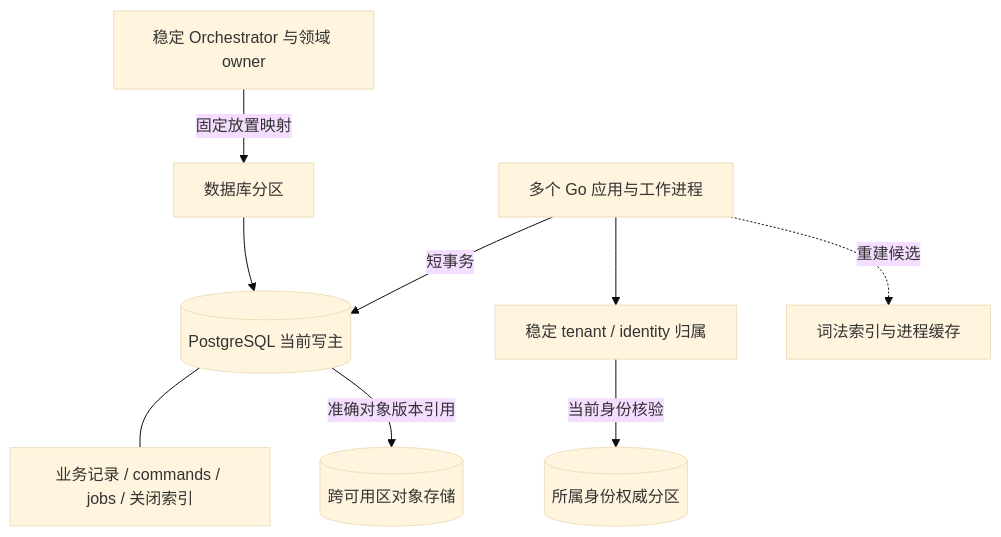
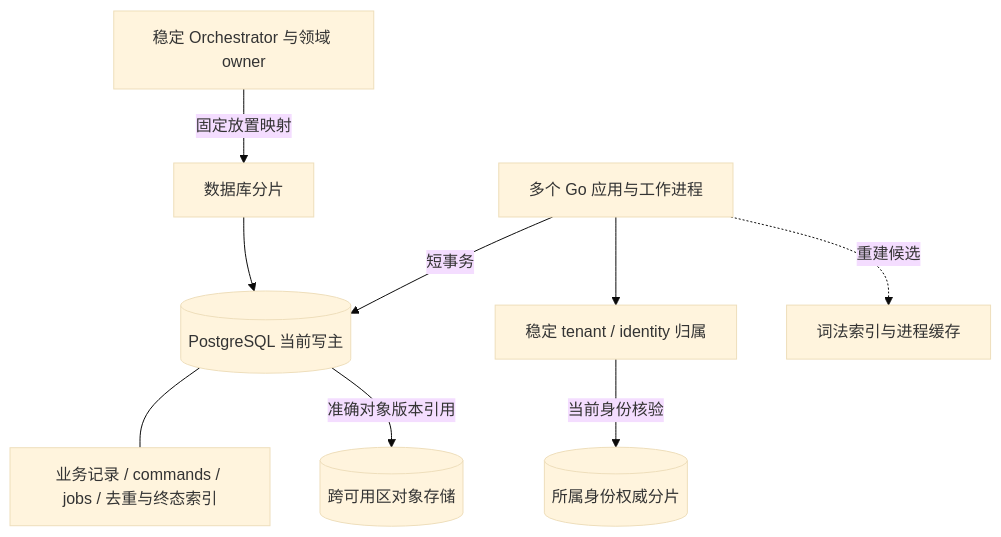
Before and after one commit to ruipengliu/lerna: the first of 4 diagrams in docs/architecture/storage-and-middleware.md, drawn with Mermaid (base theme). The commit also changed other lines of this file and 205 other files, not shown here.

Commit message:
docs: unify architecture terminology

````diff
--- a/docs/architecture/storage-and-middleware.md
+++ b/docs/architecture/storage-and-middleware.md
@@ -10,11 +10,11 @@
 ```mermaid
 flowchart TB
-    H[稳定 Orchestrator 与领域 owner] -->|固定放置映射| P[数据库分区]
+    H[稳定 Orchestrator 与领域 owner] -->|固定放置映射| P[数据库分片]
     A[多个 Go 应用与工作进程] -->|短事务| W[(PostgreSQL 当前写主)]
     P --> W
-    W --- B[业务记录 / commands / jobs / 关闭索引]
+    W --- B[业务记录 / commands / jobs / 去重与终态索引]
     W -->|准确对象版本引用| O[(跨可用区对象存储)]
-    I[稳定 tenant / identity 归属] -->|当前身份核验| D[(所属身份权威分区)]
+    I[稳定 tenant / identity 归属] -->|当前身份核验| D[(所属身份权威分片)]
     A --> I
     A -.重建候选.-> X[词法索引与进程缓存]
 ```
````
